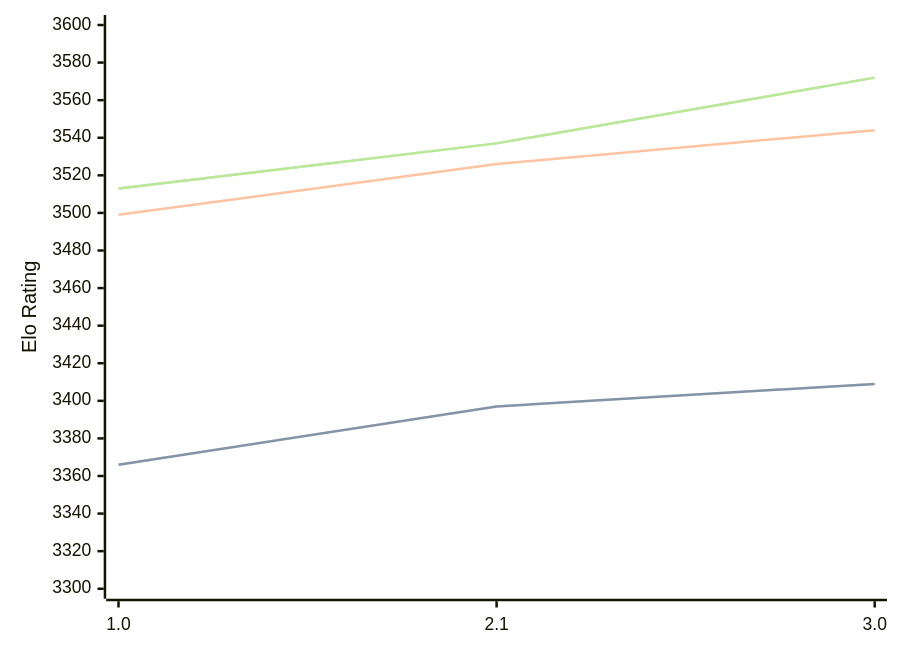
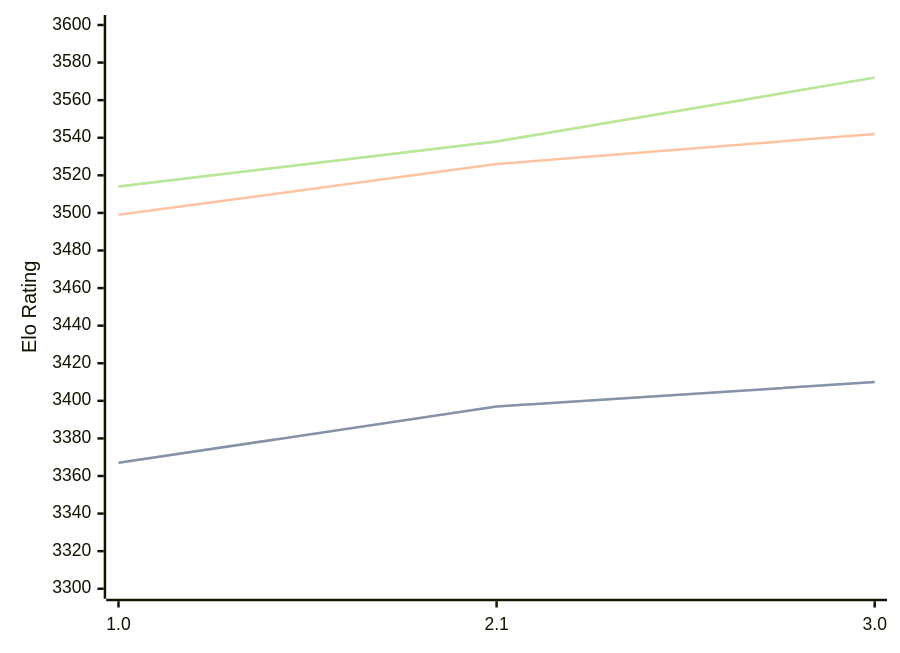
The diagram in engines/Hobbes.md (computer-chess-index/cci), drawn with Mermaid before and after one commit. The commit also changed other lines of this file, not shown here.

Commit message:
Update CCI Ratings (ELO VLTC) - 2026-08-20

````diff
--- a/engines/Hobbes.md
+++ b/engines/Hobbes.md
@@ -33,11 +33,11 @@
 ```mermaid
 %%{init: {"theme":"base","themeVariables":{"seriesColors:['#a3a3a3','#222221','#faa371']}}}%%
 xychart-beta
   x-axis ["1.0", "2.1", "3.0"]
   y-axis "Elo Rating" 3300 --> 3600
-  line "STC (8.0+0.08s)" [3366, 3397, 3409]
-  line "STC (8.0+0.08s)" [3366, 3397, 3409]
-  line "LTC (60.0+0.60s)" [3499, 3526, 3544]
-  line "VLTC (2m24s+1.12s)" [3513, 3537, 3572]
-  line "VLTC (2m24s+1.12s)" [3513, 3537, 3572]
+  line "STC (8.0+0.08s)" [3367, 3397, 3410]
+  line "STC (8.0+0.08s)" [3367, 3397, 3410]
+  line "LTC (60.0+0.60s)" [3499, 3526, 3542]
+  line "VLTC (2m24s+1.12s)" [3514, 3538, 3572]
+  line "VLTC (2m24s+1.12s)" [3514, 3538, 3572]
 ```
````
